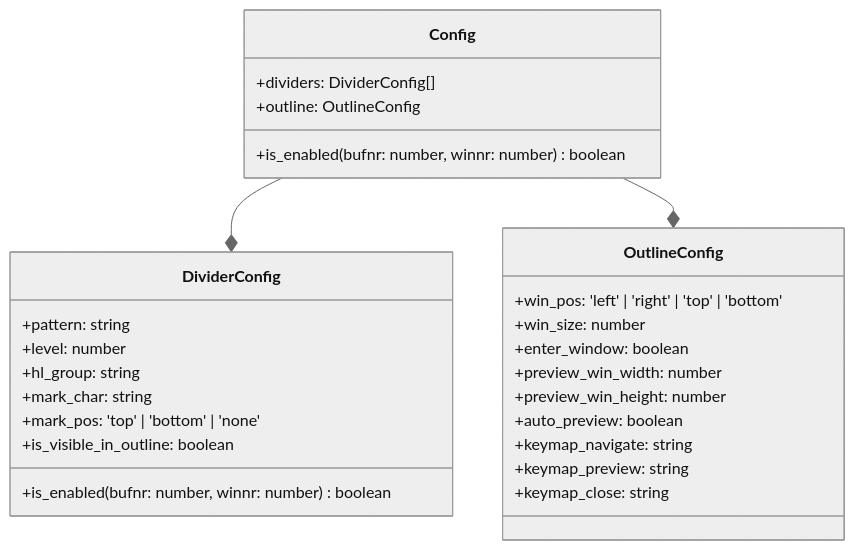
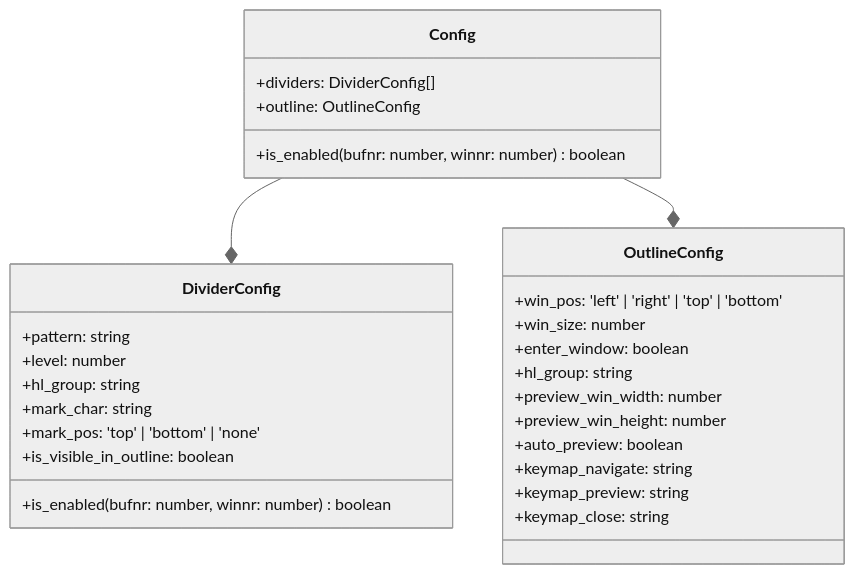
Before and after one commit to niuiic/divider.nvim: the fifth of 8 diagrams in DESIGN.md, drawn with Mermaid (neutral theme). The commit also changed other lines of this file and 6 other files, not shown here.

````diff
--- a/DESIGN.md
+++ b/DESIGN.md
@@ -169,33 +171,34 @@
 ```mermaid
 classDiagram
     Config --* DividerConfig
     Config --* OutlineConfig
     class Config {
         +dividers: DividerConfig[]
         +outline: OutlineConfig
 
         +is_enabled(bufnr: number, winnr: number) boolean
     }
 
     class DividerConfig {
         +pattern: string
         +level: number
         +hl_group: string
         +mark_char: string
         +mark_pos: 'top' | 'bottom' | 'none'
         +is_visible_in_outline: boolean
         +is_enabled(bufnr: number, winnr: number) boolean
     }
 
     class OutlineConfig {
         +win_pos: 'left' | 'right' | 'top' | 'bottom'
         +win_size: number
         +enter_window: boolean
+        +hl_group: string
         +preview_win_width: number
         +preview_win_height: number
         +auto_preview: boolean
         +keymap_navigate: string
         +keymap_preview: string
         +keymap_close: string
     }
 ```
````
